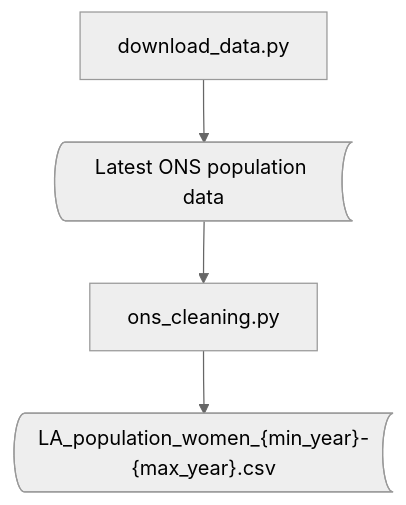
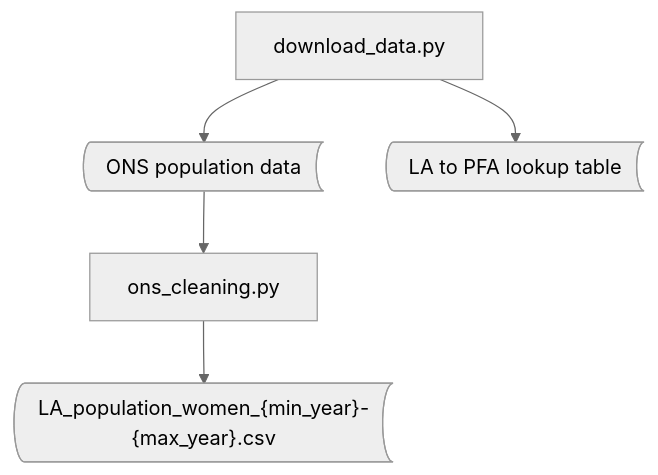
Before and after one commit to Prison-Reform-Trust/womens-imprisonment-PFA: the second of 2 diagrams in docs/getting-started/processing-the-data.md, drawn with Mermaid (neutral theme). The commit also changed 8 other files, not shown here.

````diff
--- a/docs/getting-started/processing-the-data.md
+++ b/docs/getting-started/processing-the-data.md
@@ -100,6 +100,7 @@
 ``` mermaid
 graph TD
-  A[download_data.py] --> B@{ shape: bow-rect, label: "Latest ONS population data" }
-  B --> C[ons_cleaning.py]
-  C --> D@{ shape: bow-rect, label: "LA_population_women_{min_year}-{max_year}.csv" }
+  A[download_data.py] --> B@{ shape: bow-rect, label: "ONS population data" }
+  A --> C@{ shape: bow-rect, label: "LA to PFA lookup table" }
+  B --> D[ons_cleaning.py]
+  D --> E@{ shape: bow-rect, label: "LA_population_women_{min_year}-{max_year}.csv" }
 ```
````
